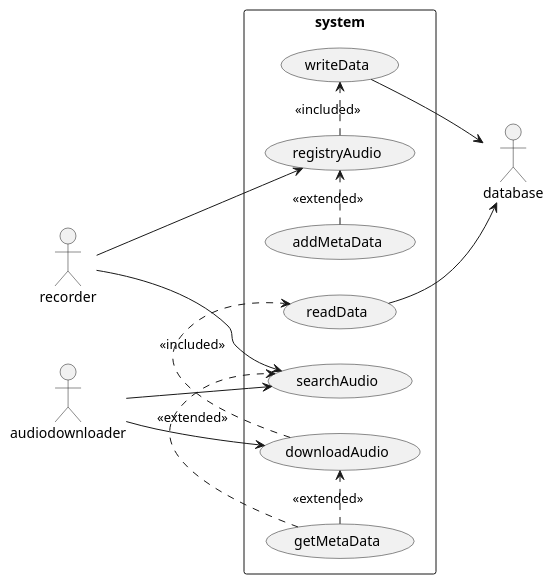
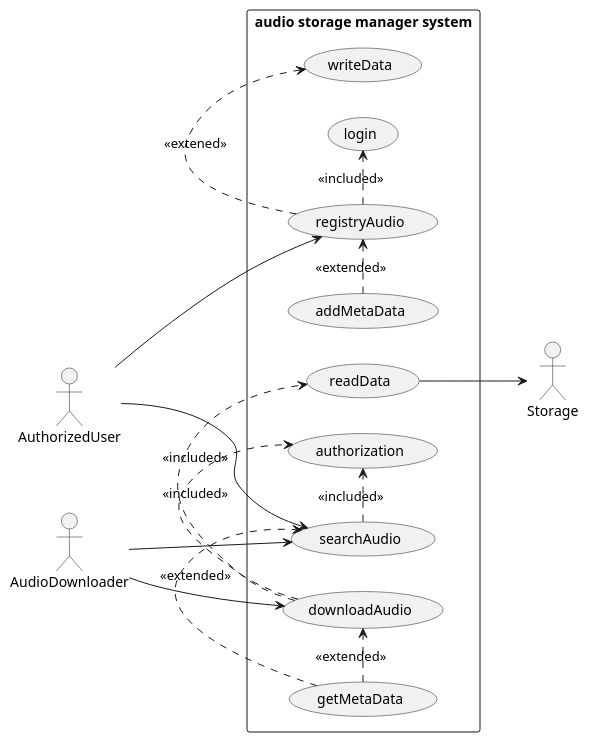
The diagram in plantuml/usecase_audio_storage_manager.iuml (kim-sardine/chaehwanli.github.io), drawn with PlantUML before and after one commit. The commit also changed 1 other file, not shown here.

Commit message:
add detail of usecase

```diff
--- a/plantuml/usecase_audio_storage_manager.iuml
+++ b/plantuml/usecase_audio_storage_manager.iuml
@@ -1,33 +1,37 @@
 @startuml
 left to right direction
 
-actor recorder
-actor audiodownloader
-actor database
+actor AuthorizedUser as recorder
+actor AudioDownloader as audiodownloader
+actor Storage as storage
 
-rectangle system {
+rectangle "audio storage manager system" {
 usecase downloadAudio
 usecase registryAudio
 usecase addMetaData
 usecase getMetaData
 usecase searchAudio
 usecase writeData
 usecase readData
+usecase login
+usecase authorization
 }
 
 recorder --> registryAudio
-registryAudio .> writeData : <<included>>
+registryAudio .> writeData : <<extened>>
+registryAudio .> login : <<included>>
 
 audiodownloader --> downloadAudio
 downloadAudio .> readData : <<included>>
+downloadAudio .> authorization : <<included>>
 
-writeData --> database
-readData --> database
+readData --> storage
 
 addMetaData .> registryAudio : <<extended>>
 getMetaData .> downloadAudio : <<extended>>
 recorder --> searchAudio
 audiodownloader --> searchAudio
+searchAudio .> authorization : <<included>>
 getMetaData .> searchAudio : <<extended>>
 
 @enduml
```
